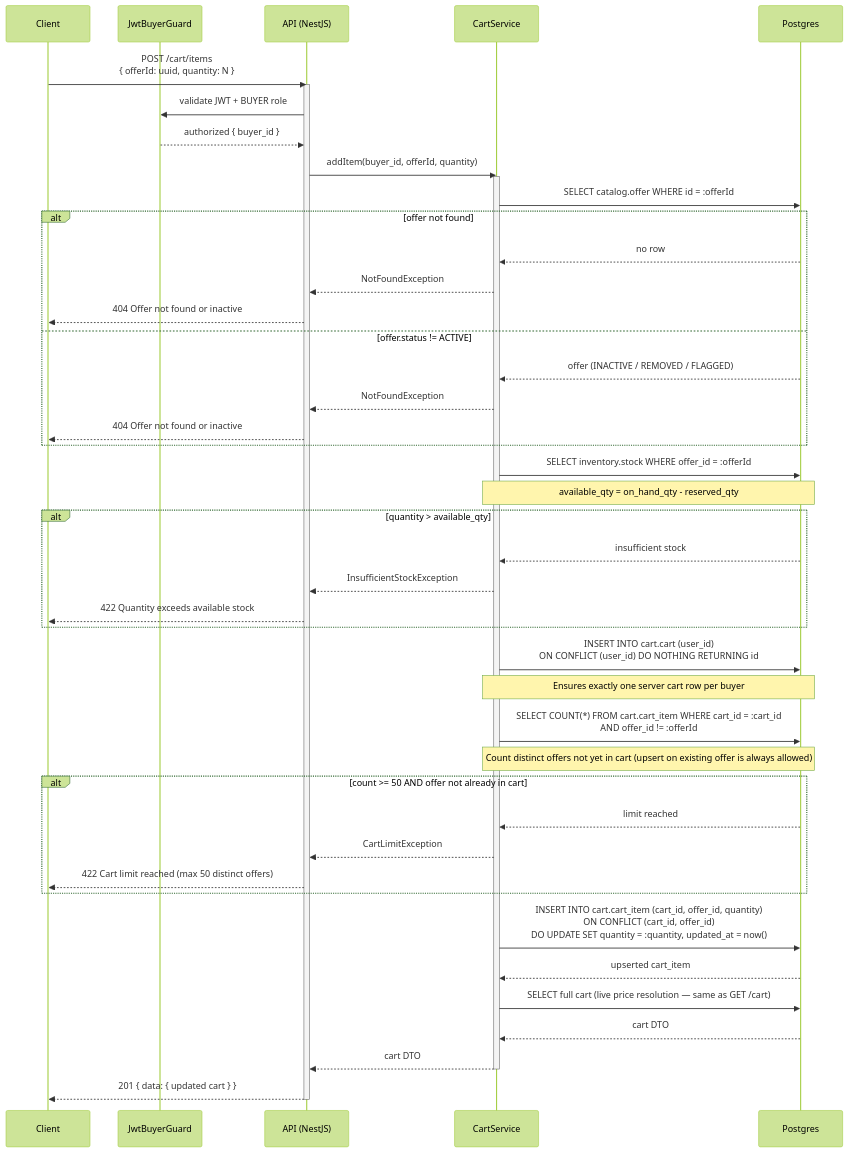
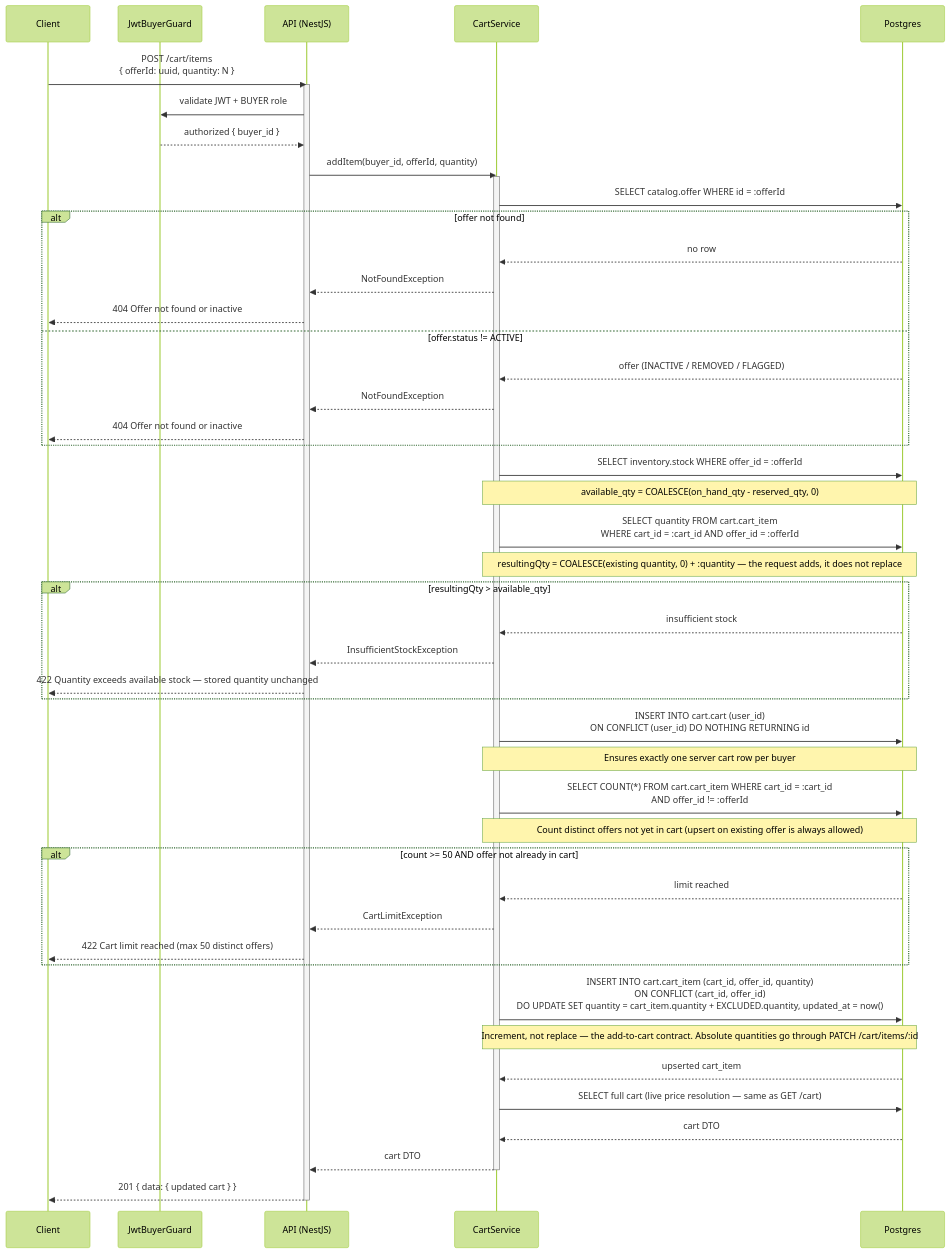
The second of 6 diagrams in phase-1/technical-design/api-design/cart.md (alisa-uthi/aliceut-ecom-document), drawn with Mermaid (forest theme) before and after one commit. The commit also changed other lines of this file and 73 other files, not shown here.

````diff
--- a/phase-1/technical-design/api-design/cart.md
+++ b/phase-1/technical-design/api-design/cart.md
@@ -141,49 +179,52 @@
 ```mermaid
 sequenceDiagram
     participant C as Client
     participant G as JwtBuyerGuard
     participant A as API (NestJS)
     participant S as CartService
     participant P as Postgres
 
     C->>A: POST /cart/items<br/>{ offerId: uuid, quantity: N }
     activate A
     A->>G: validate JWT + BUYER role
     G-->>A: authorized { buyer_id }
     A->>S: addItem(buyer_id, offerId, quantity)
     activate S
     S->>P: SELECT catalog.offer WHERE id = :offerId
     alt offer not found
         P-->>S: no row
         S-->>A: NotFoundException
         A-->>C: 404 Offer not found or inactive
     else offer.status != ACTIVE
         P-->>S: offer (INACTIVE / REMOVED / FLAGGED)
         S-->>A: NotFoundException
         A-->>C: 404 Offer not found or inactive
     end
     S->>P: SELECT inventory.stock WHERE offer_id = :offerId
-    Note over S,P: available_qty = on_hand_qty - reserved_qty
-    alt quantity > available_qty
+    Note over S,P: available_qty = COALESCE(on_hand_qty - reserved_qty, 0)
+    S->>P: SELECT quantity FROM cart.cart_item<br/>WHERE cart_id = :cart_id AND offer_id = :offerId
+    Note over S,P: resultingQty = COALESCE(existing quantity, 0) + :quantity — the request adds, it does not replace
+    alt resultingQty > available_qty
         P-->>S: insufficient stock
         S-->>A: InsufficientStockException
-        A-->>C: 422 Quantity exceeds available stock
+        A-->>C: 422 Quantity exceeds available stock — stored quantity unchanged
     end
     S->>P: INSERT INTO cart.cart (user_id)<br/>ON CONFLICT (user_id) DO NOTHING RETURNING id
     Note over S,P: Ensures exactly one server cart row per buyer
     S->>P: SELECT COUNT(*) FROM cart.cart_item WHERE cart_id = :cart_id<br/>AND offer_id != :offerId
     Note over S,P: Count distinct offers not yet in cart (upsert on existing offer is always allowed)
     alt count >= 50 AND offer not already in cart
         P-->>S: limit reached
         S-->>A: CartLimitException
         A-->>C: 422 Cart limit reached (max 50 distinct offers)
     end
-    S->>P: INSERT INTO cart.cart_item (cart_id, offer_id, quantity)<br/>ON CONFLICT (cart_id, offer_id)<br/>DO UPDATE SET quantity = :quantity, updated_at = now()
+    S->>P: INSERT INTO cart.cart_item (cart_id, offer_id, quantity)<br/>ON CONFLICT (cart_id, offer_id)<br/>DO UPDATE SET quantity = cart_item.quantity + EXCLUDED.quantity, updated_at = now()
+    Note over S,P: Increment, not replace — the add-to-cart contract. Absolute quantities go through PATCH /cart/items/:id
     P-->>S: upserted cart_item
     S->>P: SELECT full cart (live price resolution — same as GET /cart)
     P-->>S: cart DTO
     S-->>A: cart DTO
     deactivate S
     A-->>C: 201 { data: { updated cart } }
     deactivate A
 ```
````
